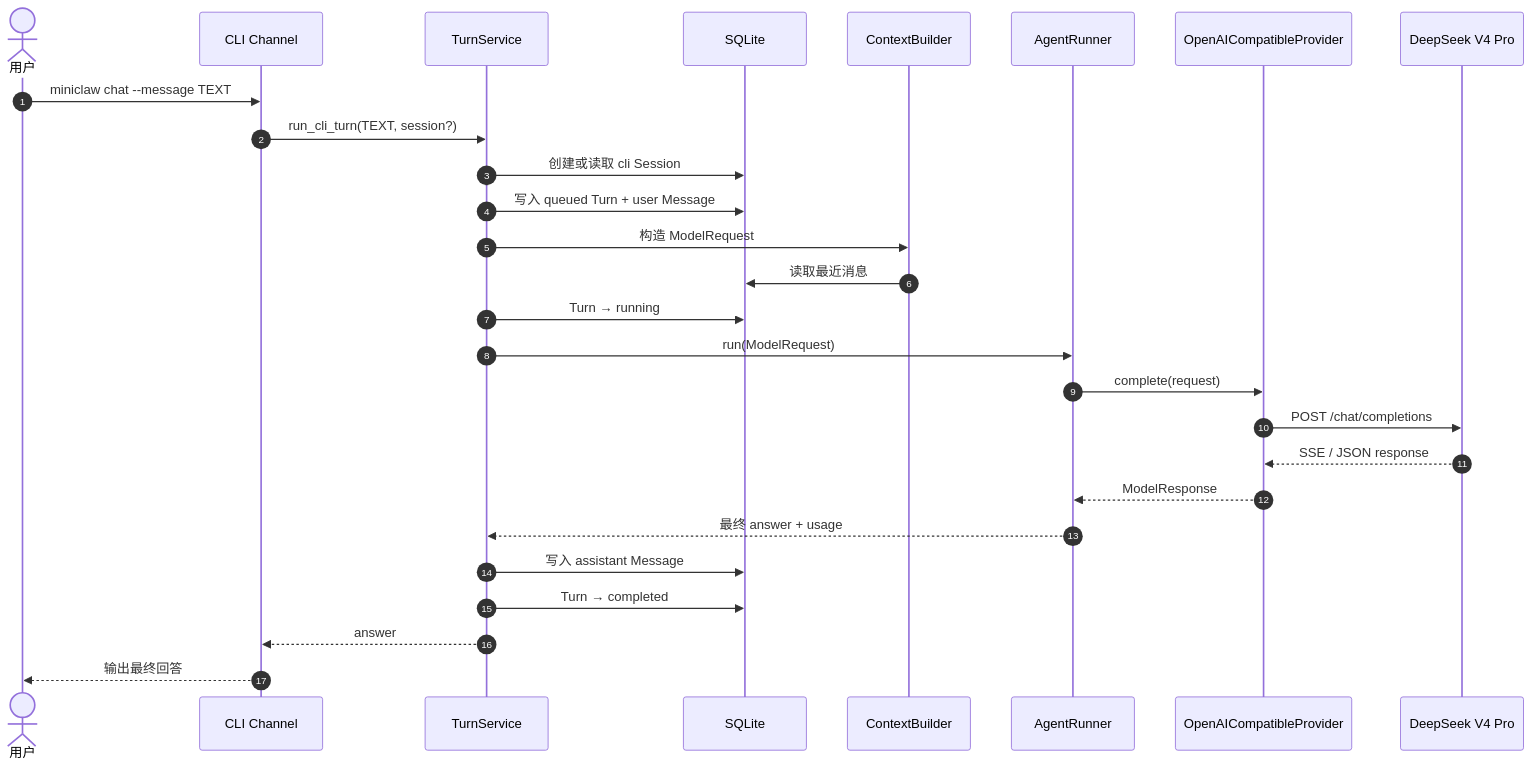
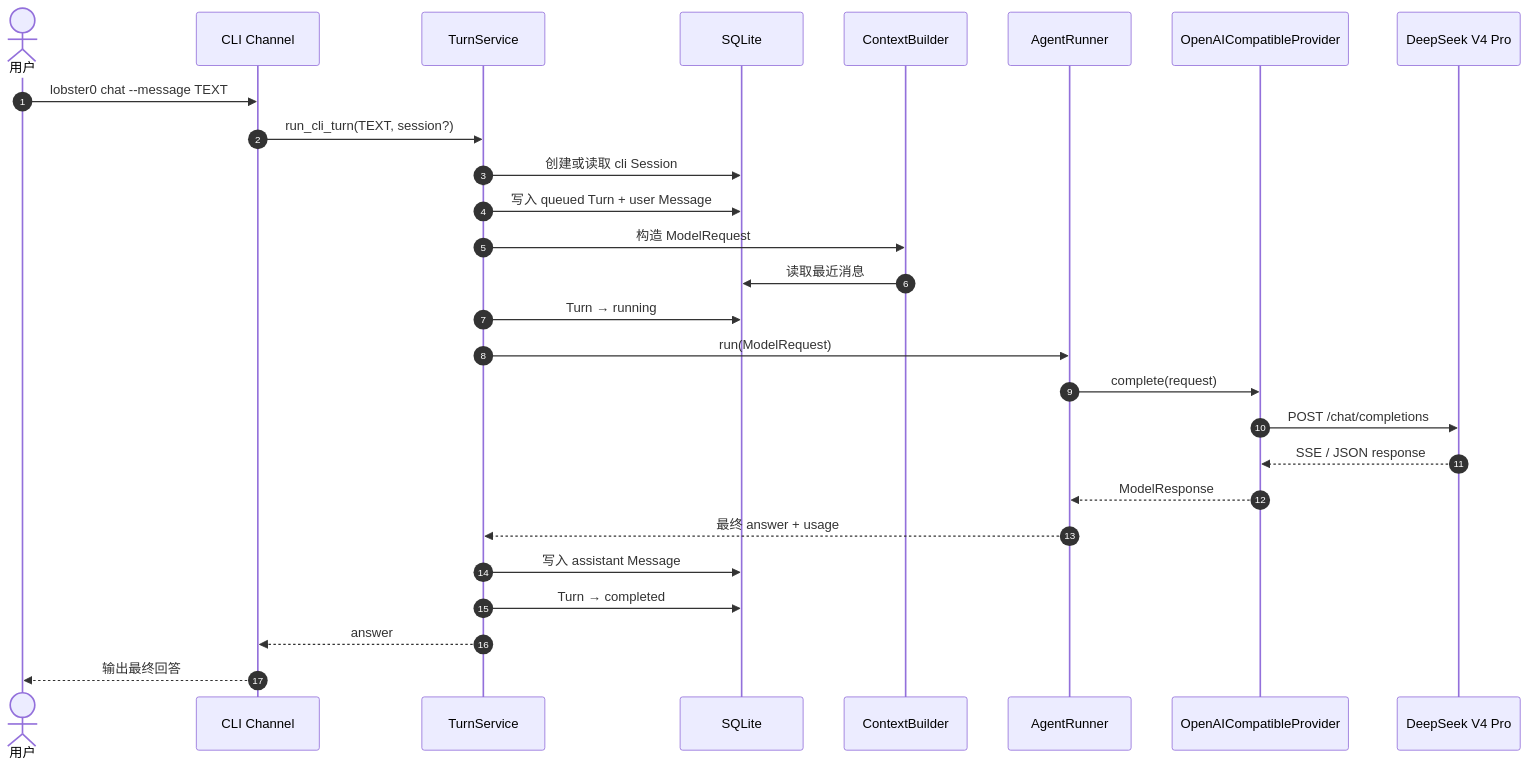
One commit to NEDONION/lobster0 changed the diagram in docs/superpowers/specs/2026-08-07-phase-1-cli-agent-design.md. Above: the diagram before and after it, drawn with Mermaid. The commit also changed other lines of this file and 221 other files, not shown here.

````diff
--- a/docs/superpowers/specs/2026-08-07-phase-1-cli-agent-design.md
+++ b/docs/superpowers/specs/2026-08-07-phase-1-cli-agent-design.md
@@ -88,30 +88,30 @@
 ```mermaid
 sequenceDiagram
     autonumber
     actor User as 用户
     participant CLI as CLI Channel
     participant Turn as TurnService
     participant DB as SQLite
     participant Context as ContextBuilder
     participant Runner as AgentRunner
     participant Provider as OpenAICompatibleProvider
     participant DeepSeek as DeepSeek V4 Pro
 
-    User->>CLI: miniclaw chat --message TEXT
+    User->>CLI: lobster0 chat --message TEXT
     CLI->>Turn: run_cli_turn(TEXT, session?)
     Turn->>DB: 创建或读取 cli Session
     Turn->>DB: 写入 queued Turn + user Message
     Turn->>Context: 构造 ModelRequest
     Context->>DB: 读取最近消息
     Turn->>DB: Turn → running
     Turn->>Runner: run(ModelRequest)
     Runner->>Provider: complete(request)
     Provider->>DeepSeek: POST /chat/completions
     DeepSeek-->>Provider: SSE / JSON response
     Provider-->>Runner: ModelResponse
     Runner-->>Turn: 最终 answer + usage
     Turn->>DB: 写入 assistant Message
     Turn->>DB: Turn → completed
     Turn-->>CLI: answer
     CLI-->>User: 输出最终回答
 ```
````
